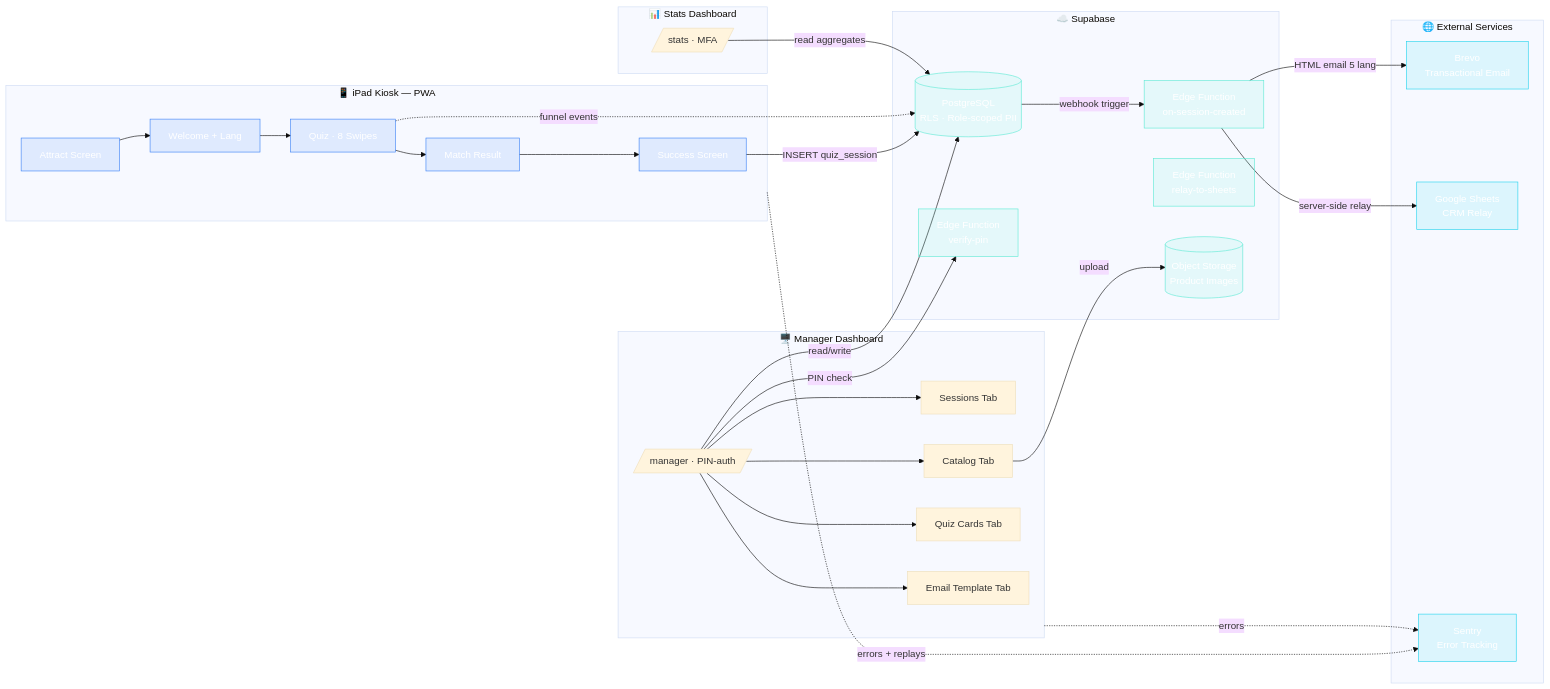
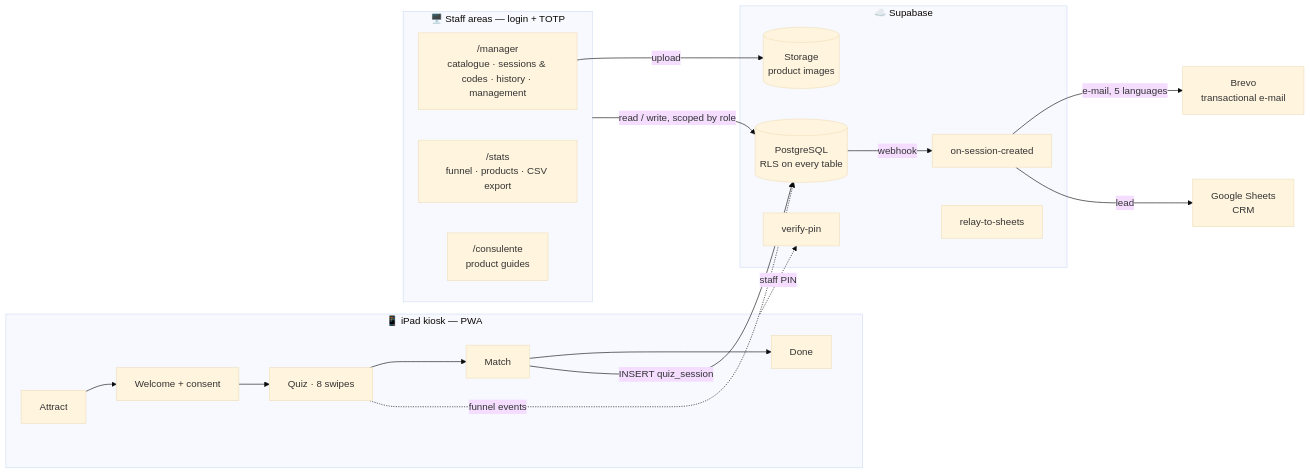
One commit to ProgAnakin/Suaipe changed the diagram in README.md. Above: the diagram before and after it, drawn with Mermaid (base theme). The commit also changed other lines of this file and 30 other files, not shown here.

````diff
--- a/README.md
+++ b/README.md
@@ -72,55 +95,35 @@
 ```mermaid
 flowchart LR
-  subgraph iPad["📱 iPad Kiosk — PWA"]
-    A[Attract Screen] --> W[Welcome + Lang]
-    W --> Q[Quiz · 8 Swipes]
-    Q --> M[Match Result]
-    M --> S[Success Screen]
+  subgraph iPad["📱 iPad kiosk — PWA"]
+    A[Attract] --> W[Welcome + consent]
+    W --> Q[Quiz · 8 swipes]
+    Q --> M[Match]
+    M --> S[Done]
   end
 
-  subgraph Manager["🖥️ Manager Dashboard"]
-    D[/manager · PIN-auth/]
-    D --> Sessions[Sessions Tab]
-    D --> Catalog[Catalog Tab]
-    D --> Cards[Quiz Cards Tab]
-    D --> Email[Email Template Tab]
-  end
-
-  subgraph Stats["📊 Stats Dashboard"]
-    ST[/stats · MFA/]
+  subgraph Staff["🖥️ Staff areas — login + TOTP"]
+    MG["/manager<br/>catalogue · sessions & codes · history · management"]
+    ST["/stats<br/>funnel · products · CSV export"]
+    CO["/consulente<br/>product guides"]
   end
 
   subgraph Supabase["☁️ Supabase"]
-    DB[(PostgreSQL<br/>RLS · Role-scoped PII)]
-    EF1[Edge Function<br/>on-session-created]
-    EF2[Edge Function<br/>verify-pin]
-    EF3[Edge Function<br/>relay-to-sheets]
-    Storage[(Object Storage<br/>Product Images)]
+    DB[(PostgreSQL<br/>RLS on every table)]
+    EF1[on-session-created]
+    EF2[verify-pin]
+    EF3[relay-to-sheets]
+    Storage[(Storage<br/>product images)]
   end
 
-  subgraph External["🌐 External Services"]
-    Brevo[Brevo<br/>Transactional Email]
-    Sheets[Google Sheets<br/>CRM Relay]
-    Sentry[Sentry<br/>Error Tracking]
-  end
+  Brevo[Brevo<br/>transactional e-mail]
+  Sheets[Google Sheets<br/>CRM]
 
-  S -->|INSERT quiz_session| DB
-  DB -->|webhook trigger| EF1
-  EF1 -->|HTML email 5 lang| Brevo
-  EF1 -->|server-side relay| Sheets
-  Q -.->|funnel events| DB
-  D -->|read/write| DB
-  D -->|PIN check| EF2
-  ST -->|read aggregates| DB
-  Catalog -->|upload| Storage
-
-  iPad -.->|errors + replays| Sentry
-  Manager -.->|errors| Sentry
-
-  classDef ipad fill:#3b82f620,stroke:#3b82f6,color:#fff
-  classDef supa fill:#5eead420,stroke:#5eead4,color:#fff
-  classDef ext fill:#22d3ee20,stroke:#22d3ee,color:#fff
-  class A,W,Q,M,S ipad
-  class DB,EF1,EF2,EF3,Storage supa
-  class Brevo,Sheets,Sentry ext
+  M -->|"INSERT quiz_session"| DB
+  DB -->|"webhook"| EF1
+  EF1 -->|"e-mail, 5 languages"| Brevo
+  EF1 -->|"lead"| Sheets
+  Q -.->|"funnel events"| DB
+  Staff -->|"read / write, scoped by role"| DB
+  iPad -.->|"staff PIN"| EF2
+  MG -->|"upload"| Storage
 ```
````
